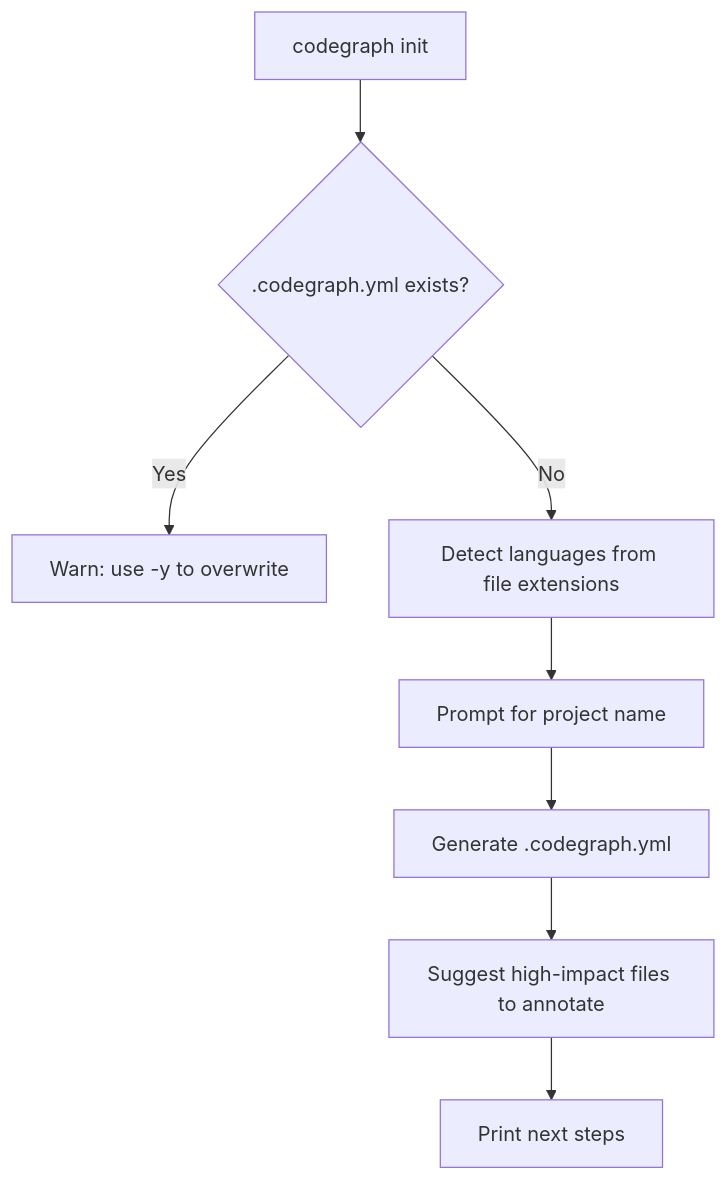
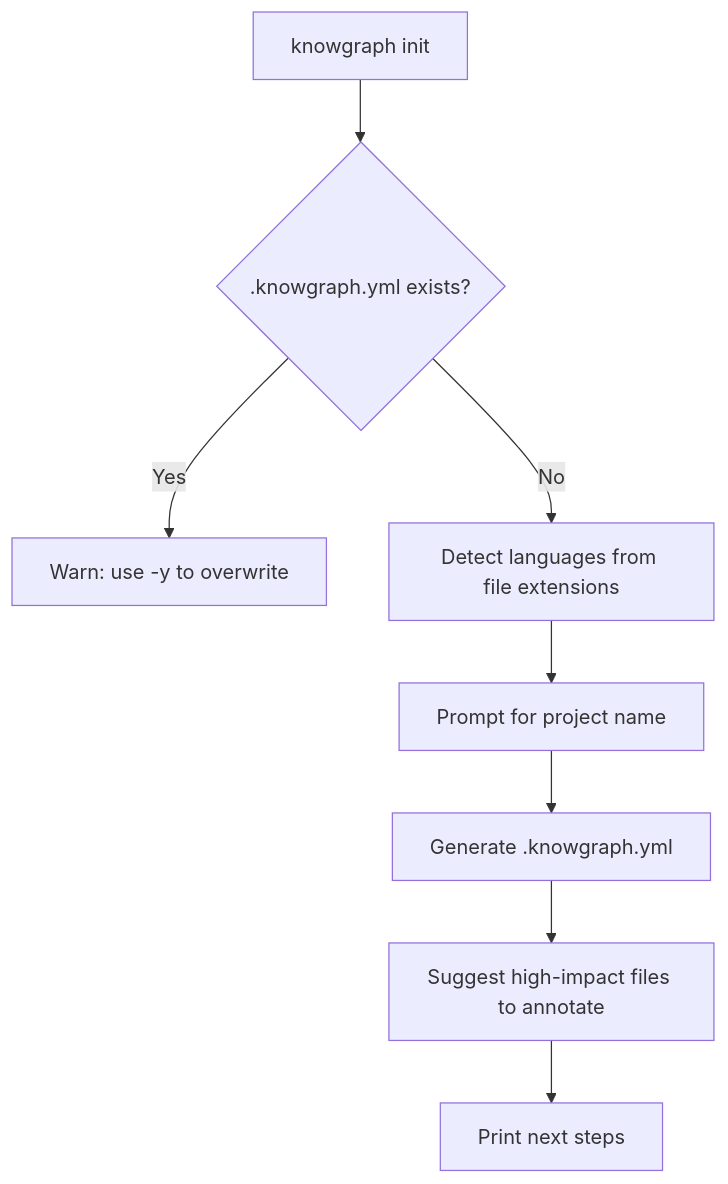
One commit to idosams/know-know changed the seventh of 12 diagrams in docs/README.md. Above: the diagram before and after it, drawn with Mermaid. The commit also changed other lines of this file and 107 other files, not shown here.

First line of the commit message:
refactor: rename codegraph to knowgraph across entire project (#8)

````diff
--- a/docs/README.md
+++ b/docs/README.md
@@ -400,10 +400,10 @@
 ```mermaid
 flowchart TD
-    A[codegraph init] --> B{.codegraph.yml exists?}
+    A[knowgraph init] --> B{.knowgraph.yml exists?}
     B -->|Yes| C[Warn: use -y to overwrite]
     B -->|No| D[Detect languages from file extensions]
     D --> E[Prompt for project name]
-    E --> F[Generate .codegraph.yml]
+    E --> F[Generate .knowgraph.yml]
     F --> G[Suggest high-impact files to annotate]
     G --> H[Print next steps]
 ```
````
